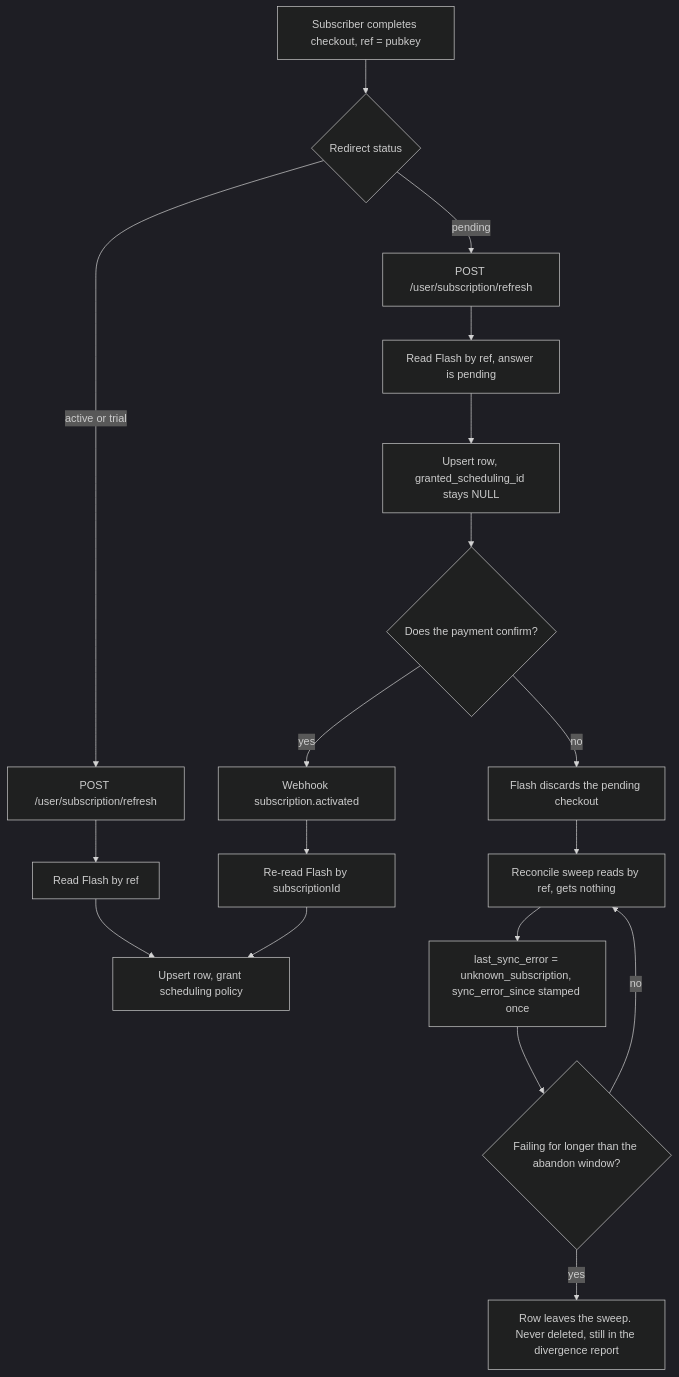
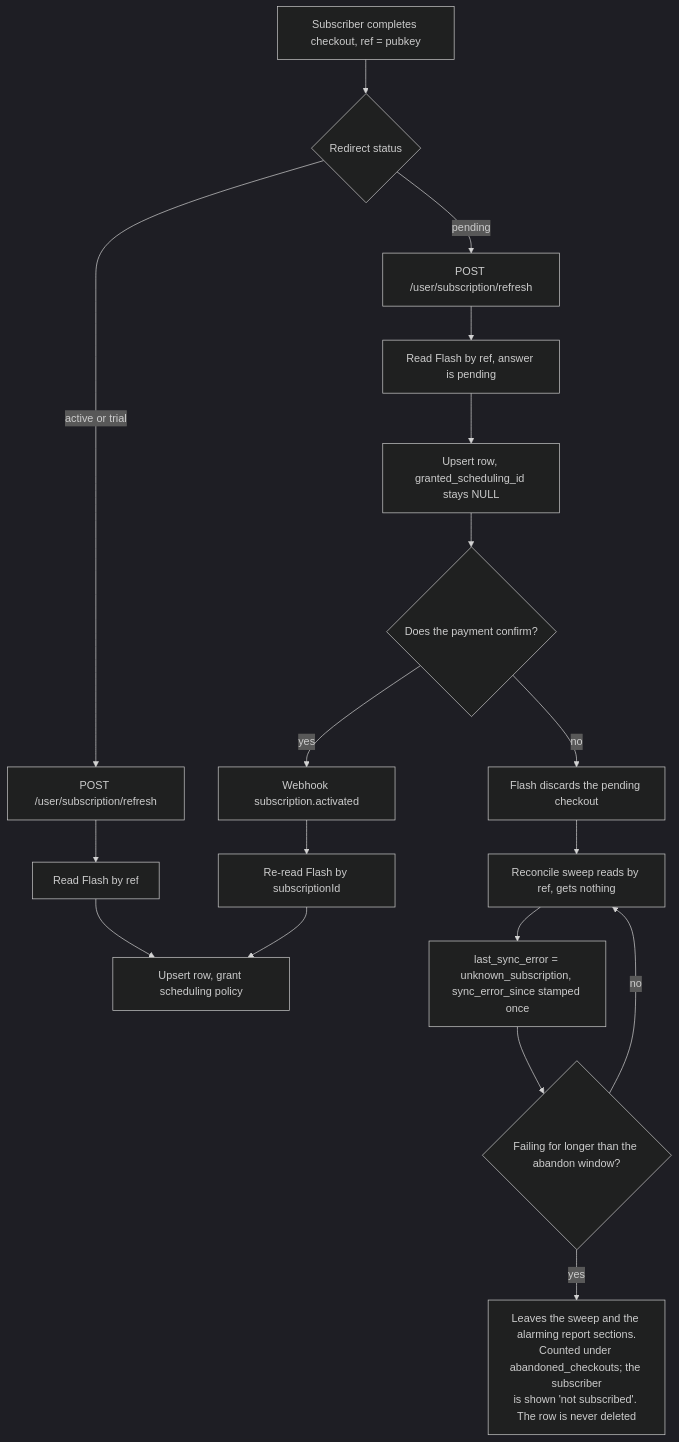
Before and after one commit to NosFabrica/brainstorm_server: the first of 2 diagrams in docs/flash/pending-checkouts.md, drawn with Mermaid (dark theme). The commit also changed other lines of this file and 3 other files, not shown here.

````diff
--- a/docs/flash/pending-checkouts.md
+++ b/docs/flash/pending-checkouts.md
@@ -28,24 +31,24 @@
 ```mermaid
 flowchart TD
     A["Subscriber completes checkout, ref = pubkey"] --> B{"Redirect status"}
     B -->|"active or trial"| C["POST /user/subscription/refresh"]
     B -->|"pending"| D["POST /user/subscription/refresh"]
 
     C --> E["Read Flash by ref"]
     E --> F["Upsert row, grant scheduling policy"]
 
     D --> G["Read Flash by ref, answer is pending"]
     G --> H["Upsert row, granted_scheduling_id stays NULL"]
     H --> I{"Does the payment confirm?"}
 
     I -->|"yes"| J["Webhook subscription.activated"]
     J --> K["Re-read Flash by subscriptionId"]
     K --> F
 
     I -->|"no"| L["Flash discards the pending checkout"]
     L --> M["Reconcile sweep reads by ref, gets nothing"]
     M --> N["last_sync_error = unknown_subscription, sync_error_since stamped once"]
     N --> O{"Failing for longer than the abandon window?"}
     O -->|"no"| M
-    O -->|"yes"| P["Row leaves the sweep. Never deleted, still in the divergence report"]
+    O -->|"yes"| P["Leaves the sweep and the alarming report sections.<br/>Counted under abandoned_checkouts; the subscriber<br/>is shown 'not subscribed'. The row is never deleted"]
 ```
````
